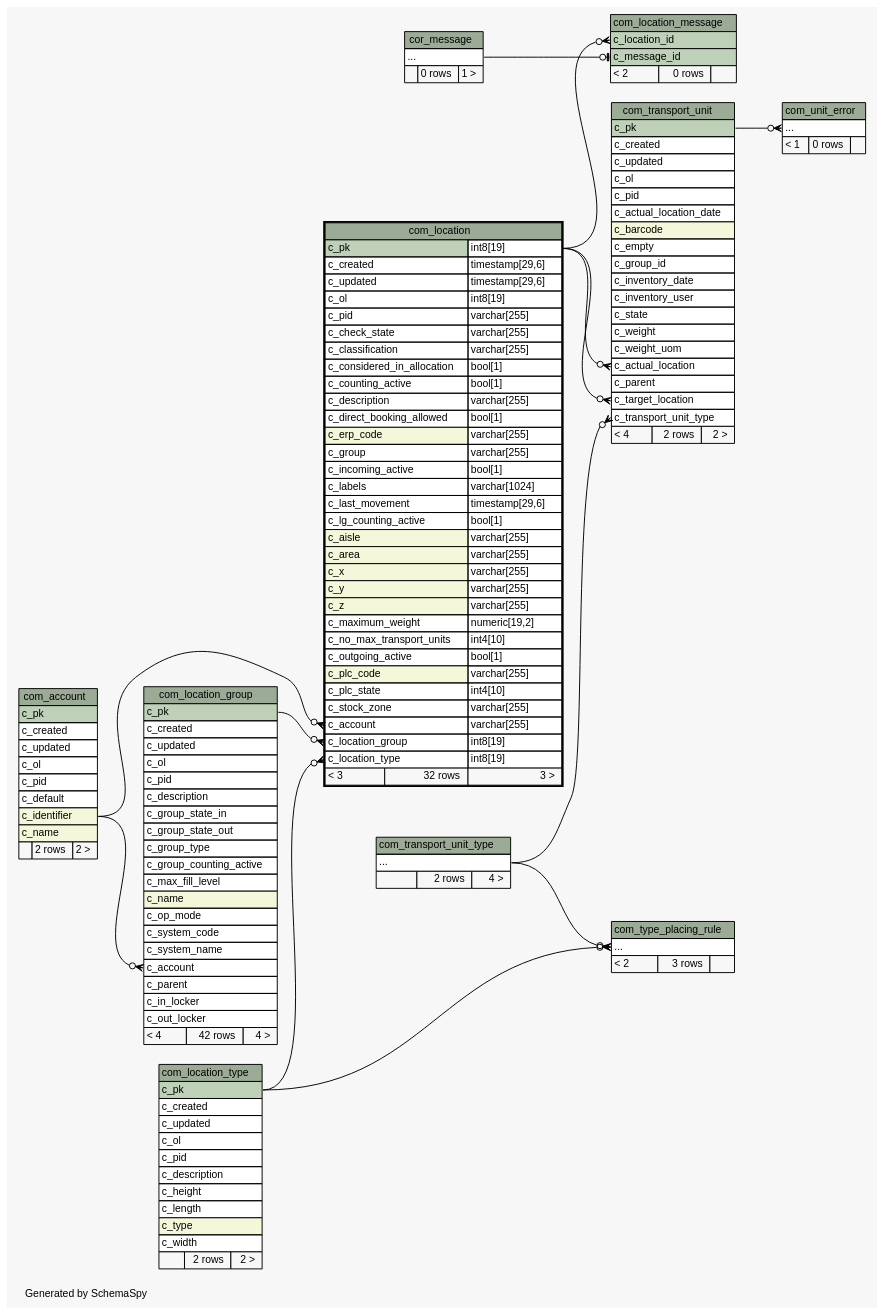
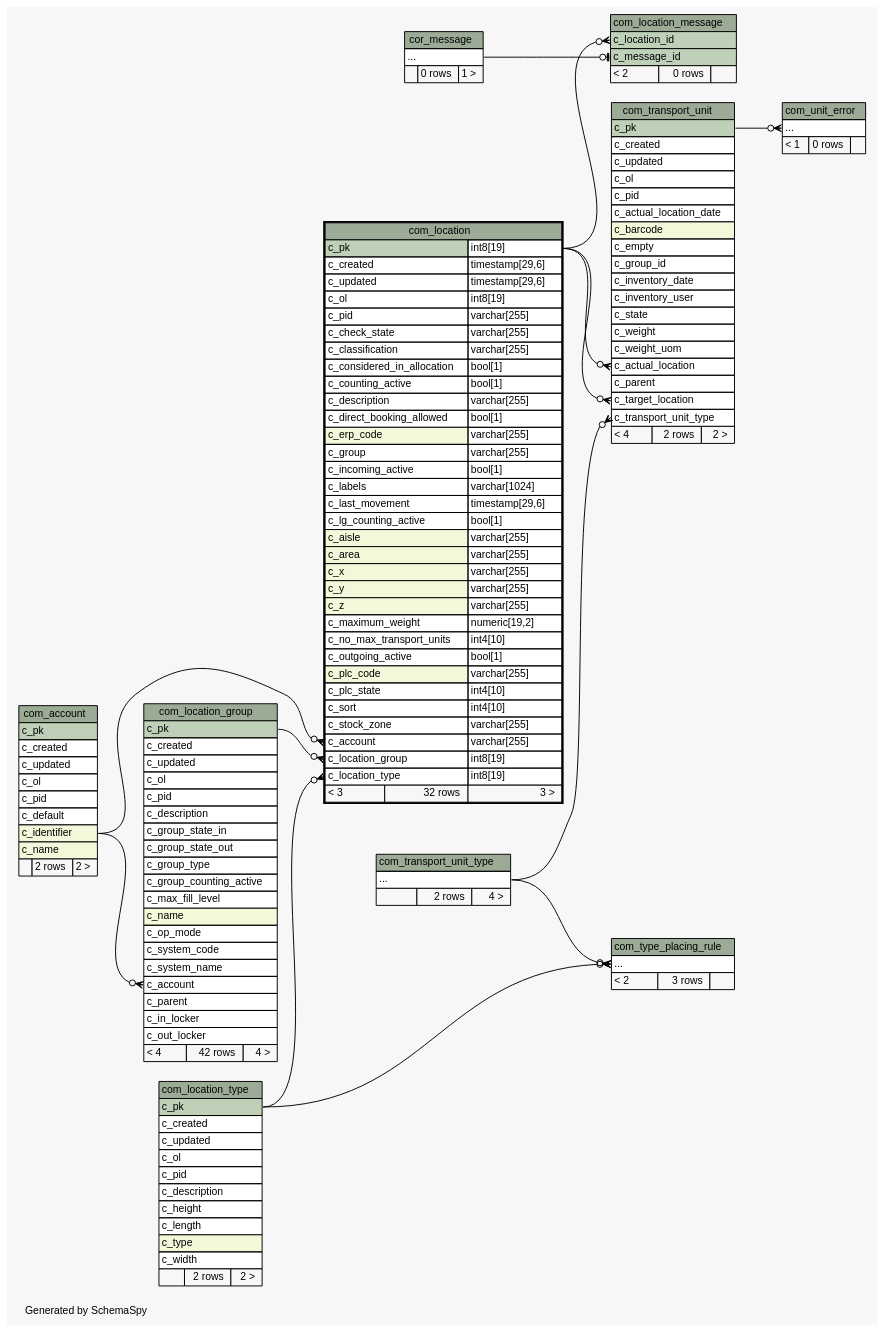
Before and after one commit to openwms/org.openwms.common.service.lib: the diagram in 1.7.0-SNAPSHOT/schemaspy/diagrams/com_location.2degrees.dot, drawn with Graphviz. The commit also changed 467 other files, not shown here.

```diff
--- a/1.7.0-SNAPSHOT/schemaspy/diagrams/com_location.2degrees.dot
+++ b/1.7.0-SNAPSHOT/schemaspy/diagrams/com_location.2degrees.dot
@@ -1,4 +1,4 @@
-// dot 2.43.0 on Linux 5.11.0-1020-azure
+// dot 2.43.0 on Linux 5.11.0-1021-azure
 // SchemaSpy rev Unknown
 digraph "twoDegreesRelationshipsDiagram" {
   graph [
@@ -79,6 +79,7 @@
       <TR><TD PORT="c_outgoing_active" COLSPAN="2" ALIGN="LEFT">c_outgoing_active</TD><TD PORT="c_outgoing_active.type" ALIGN="LEFT">bool[1]</TD></TR>
       <TR><TD PORT="c_plc_code" COLSPAN="2" BGCOLOR="#f4f7da" ALIGN="LEFT">c_plc_code</TD><TD PORT="c_plc_code.type" ALIGN="LEFT">varchar[255]</TD></TR>
       <TR><TD PORT="c_plc_state" COLSPAN="2" ALIGN="LEFT">c_plc_state</TD><TD PORT="c_plc_state.type" ALIGN="LEFT">int4[10]</TD></TR>
+      <TR><TD PORT="c_sort" COLSPAN="2" ALIGN="LEFT">c_sort</TD><TD PORT="c_sort.type" ALIGN="LEFT">int4[10]</TD></TR>
       <TR><TD PORT="c_stock_zone" COLSPAN="2" ALIGN="LEFT">c_stock_zone</TD><TD PORT="c_stock_zone.type" ALIGN="LEFT">varchar[255]</TD></TR>
       <TR><TD PORT="c_account" COLSPAN="2" ALIGN="LEFT">c_account</TD><TD PORT="c_account.type" ALIGN="LEFT">varchar[255]</TD></TR>
       <TR><TD PORT="c_location_group" COLSPAN="2" ALIGN="LEFT">c_location_group</TD><TD PORT="c_location_group.type" ALIGN="LEFT">int8[19]</TD></TR>
```
